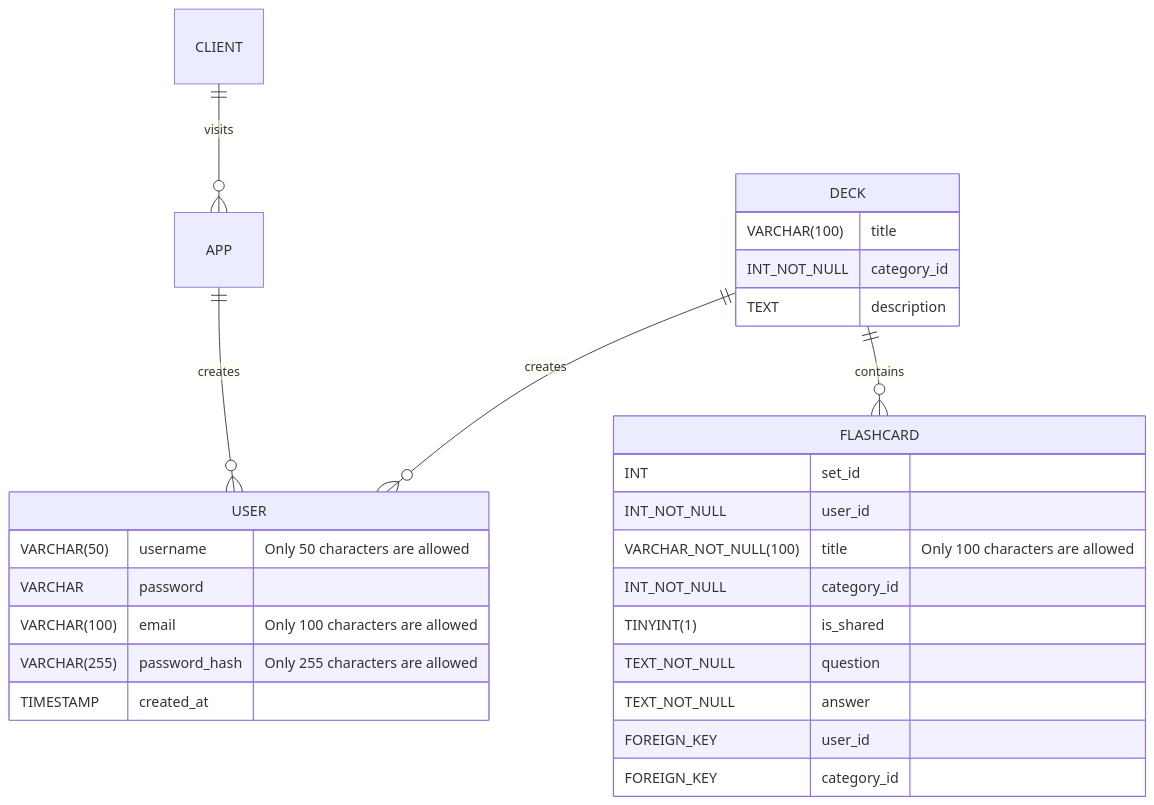
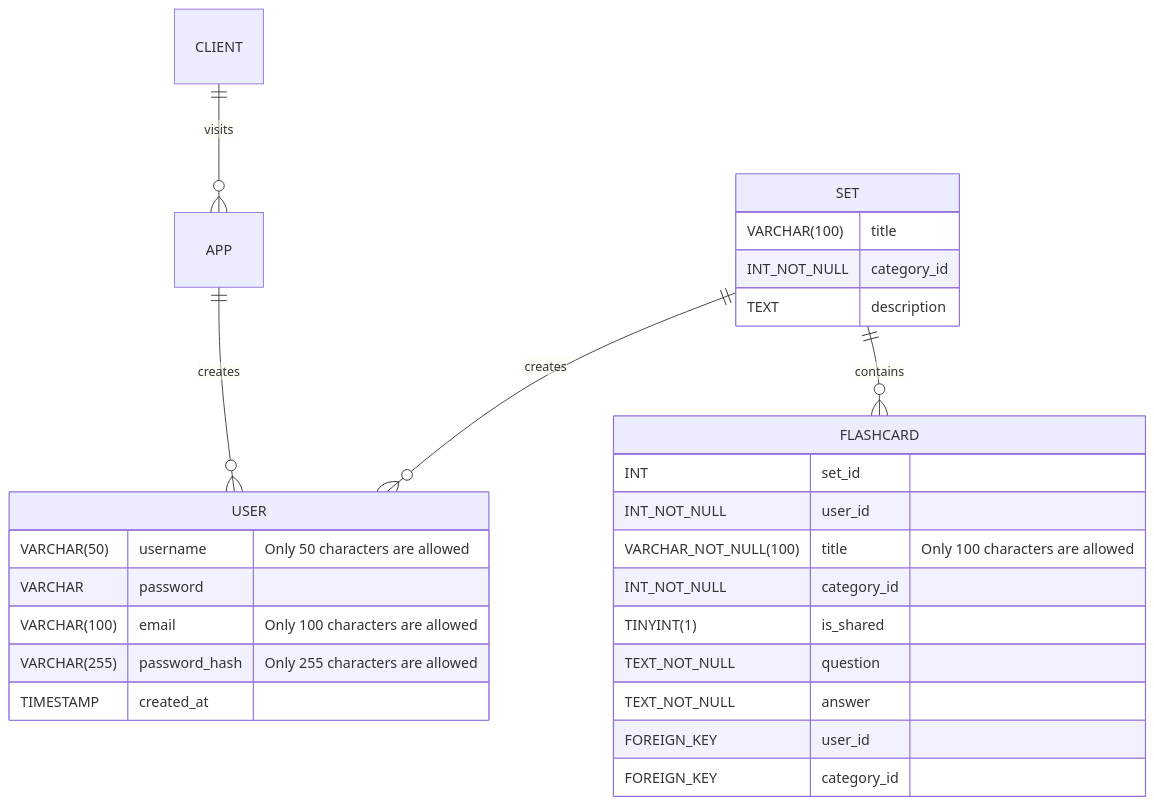
The fourth of 5 diagrams in USERGUIDE.md (njgarner/CSC289-Flashcard-Generator), drawn with Mermaid before and after one commit. The commit also changed other lines of this file, not shown here.

````diff
--- a/USERGUIDE.md
+++ b/USERGUIDE.md
@@ -119,30 +120,30 @@
 ```mermaid
 erDiagram
-    DECK ||--o{ USER : creates
-    DECK {
+    SET ||--o{ USER : creates
+    SET {
         VARCHAR(100) title
         INT_NOT_NULL category_id
         TEXT description
     }
     APP ||--o{ USER : creates
     USER {
         VARCHAR(50) username "Only 50 characters are allowed"
         VARCHAR password
         VARCHAR(100) email "Only 100 characters are allowed"
         VARCHAR(255) password_hash "Only 255 characters are allowed"
         TIMESTAMP created_at
     }
-    DECK ||--o{ FLASHCARD : contains
+    SET ||--o{ FLASHCARD : contains
     FLASHCARD {
         INT set_id
         INT_NOT_NULL user_id
         VARCHAR_NOT_NULL(100) title "Only 100 characters are allowed"
         INT_NOT_NULL category_id
         TINYINT(1) is_shared
         TEXT_NOT_NULL question
         TEXT_NOT_NULL answer
         FOREIGN_KEY user_id
         FOREIGN_KEY category_id
     }
     CLIENT ||--o{ APP : visits
 ```
````
